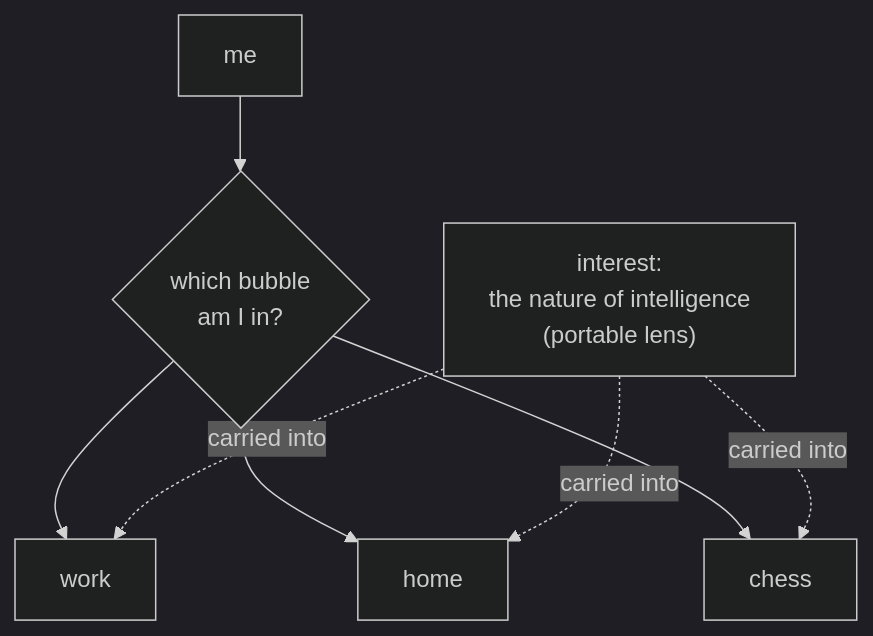
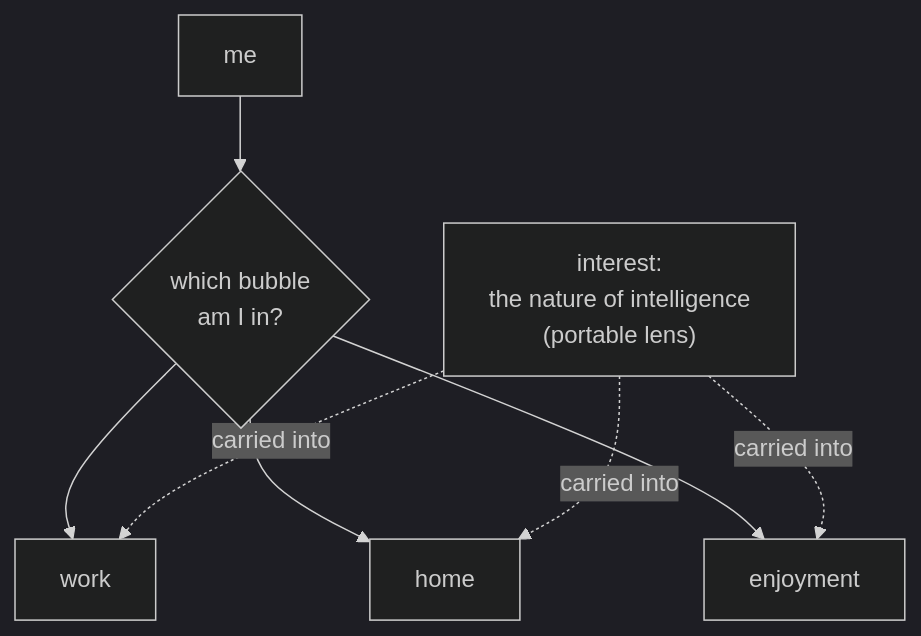
The fifth of 7 diagrams in work_dir/saori/zero_to_one_memory/02_conceptual_deep_dive.md (syahiidkamil/vibe-ai-partner-entity), drawn with Mermaid (dark theme) before and after one commit. The commit also changed other lines of this file and 2 other files, not shown here.

````diff
--- a/work_dir/saori/zero_to_one_memory/02_conceptual_deep_dive.md
+++ b/work_dir/saori/zero_to_one_memory/02_conceptual_deep_dive.md
@@ -142,11 +143,11 @@
 ```mermaid
 flowchart TB
     ME["me"] --> WHERE{"which bubble<br/>am I in?"}
     WHERE --> B1["work"]
     WHERE --> B2["home"]
-    WHERE --> B3["chess"]
+    WHERE --> B3["enjoyment"]
     LENS["interest:<br/>the nature of intelligence<br/>(portable lens)"]
     LENS -.->|carried into| B1
     LENS -.->|carried into| B2
     LENS -.->|carried into| B3
 ```
````
